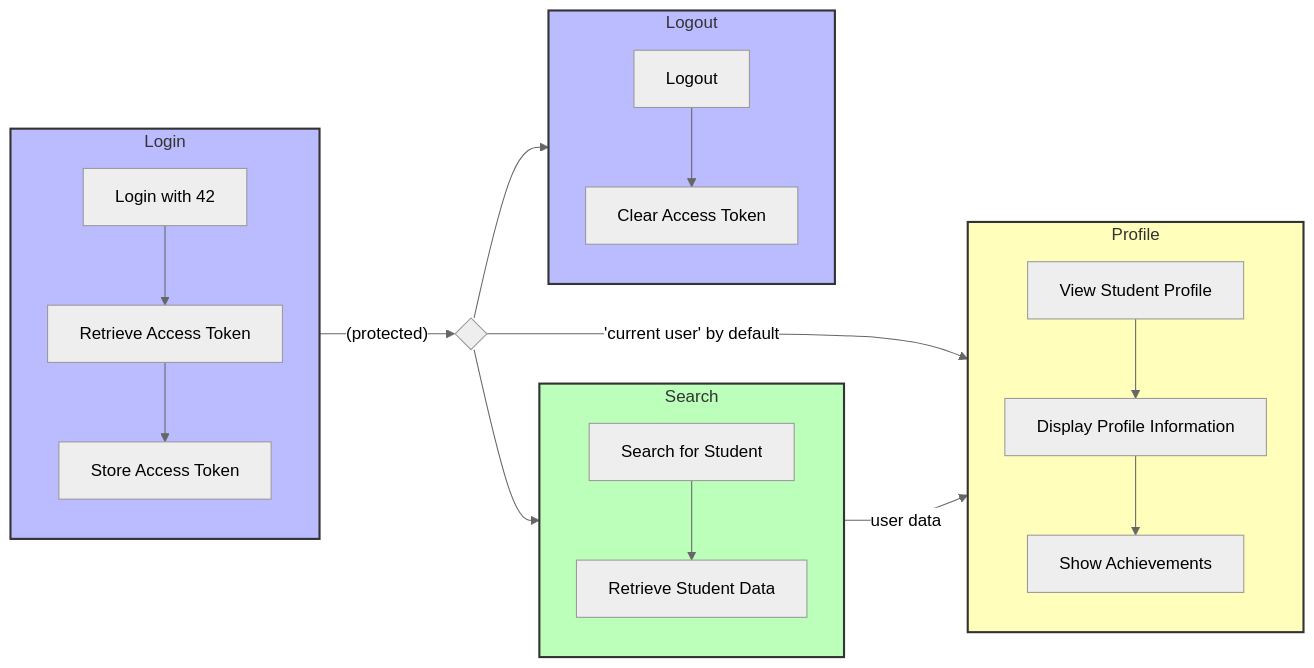
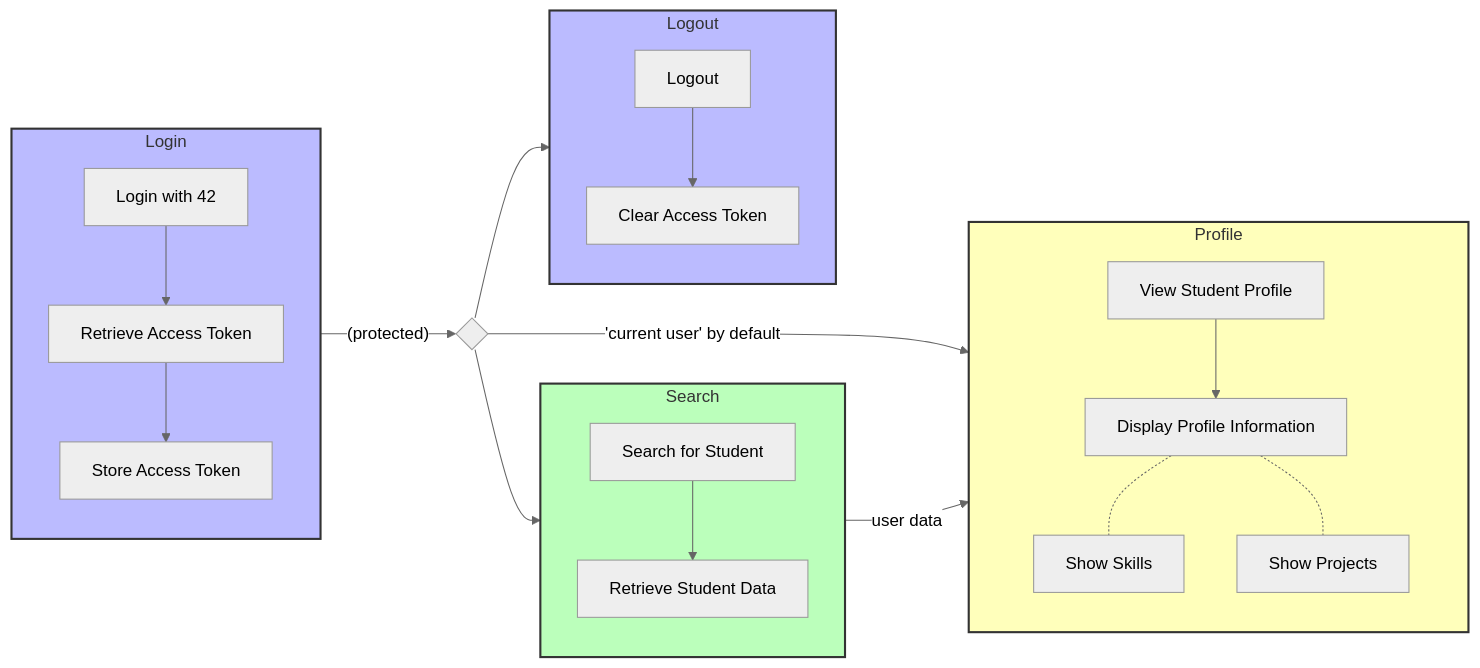
One commit to Tablerase/42_Swifty-Companion changed the diagram in README.md. Above: the diagram before and after it, drawn with Mermaid (neutral theme). The commit also changed other lines of this file and 8 other files, not shown here.

Commit message:
feat: add user themed card and skills radar graph

````diff
--- a/README.md
+++ b/README.md
@@ -11,37 +12,38 @@
 ```mermaid
 ---
 title 42 Swifty Companion Architecture
 ---
 flowchart LR
   Login:::login
   subgraph Login
     A[Login with 42] --> B[Retrieve Access Token]
     B --> C[Store Access Token]
   end
 
   Search:::search
   subgraph Search
     D[Search for Student] --> E[Retrieve Student Data]
   end
 
   Profile:::profile
   subgraph Profile
     G[View Student Profile] --> H[Display Profile Information]
-    H --> I[Show Achievements]
+    H -.- I[Show Skills]
+    H -.- F[Show Projects]
   end
 
   Logout:::login
   subgraph Logout
     J[Logout] --> K[Clear Access Token]
   end
 
   Login -->|"(protected)"| intersection1{ }
   intersection1 --> Search
   intersection1 --> Logout
   intersection1 -->|'current user' by default| Profile
   Search --> |"user data"| Profile
 
 classDef login fill:#bbf,stroke:#333,stroke-width:2px;
 classDef search fill:#bfb,stroke:#333,stroke-width:2px;
 classDef profile fill:#ffb,stroke:#333,stroke-width:2px;
 ```
````
